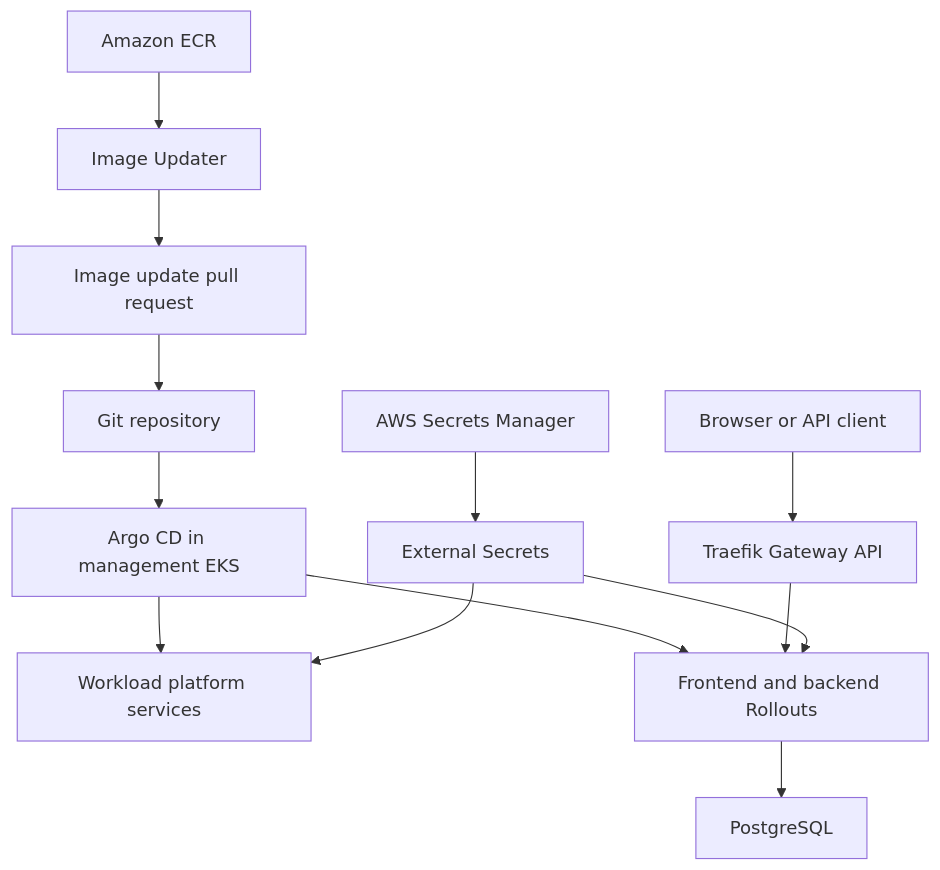
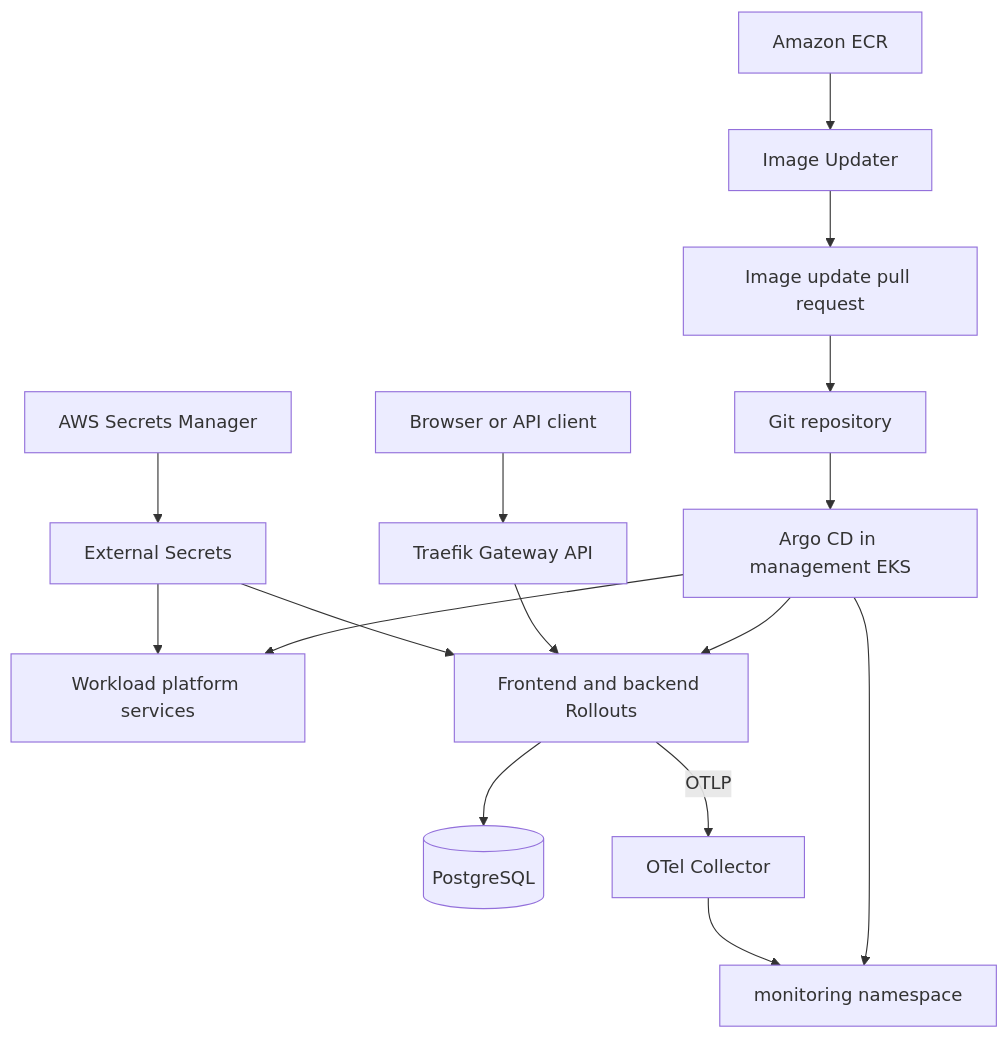
The first of 3 diagrams in README.md (iamridoydey/logbeacon-aws-k8s), drawn with Mermaid before and after one commit. The commit also changed other lines of this file, not shown here.

````diff
--- a/README.md
+++ b/README.md
@@ -34,15 +44,18 @@
 ```mermaid
 flowchart TD
     Git[Git repository] --> Argo[Argo CD in management EKS]
     ECR[Amazon ECR] --> Updater[Image Updater]
     Updater --> PR[Image update pull request]
     PR --> Git
     Argo --> Platform[Workload platform services]
     Argo --> Rollouts[Frontend and backend Rollouts]
+    Argo --> Obs[monitoring namespace]
     Browser[Browser or API client] --> Gateway[Traefik Gateway API]
     Gateway --> Rollouts
-    Rollouts --> DB[PostgreSQL]
+    Rollouts --> DB[(PostgreSQL)]
+    Rollouts -->|OTLP| Collector[OTel Collector]
+    Collector --> Obs
     Secrets[AWS Secrets Manager] --> ESO[External Secrets]
     ESO --> Platform
     ESO --> Rollouts
 ```
````
